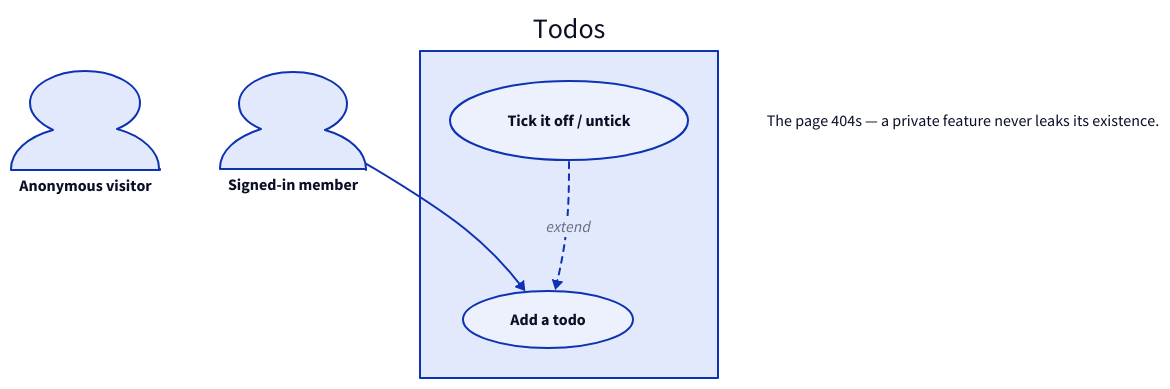
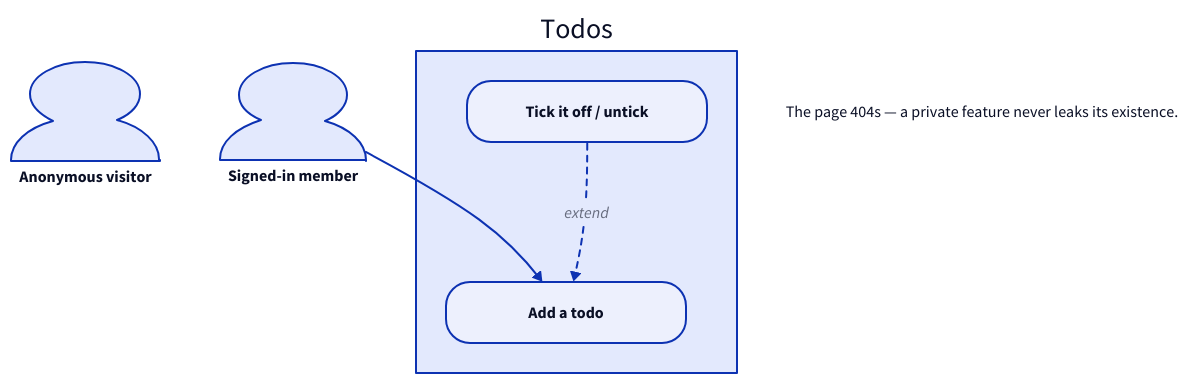
The first of 2 diagrams in docs/reference/ourapp/docs/todos.md (aitchnyu/agent-beta), drawn with D2 before and after one commit. The commit also changed 33 other files, not shown here.

````diff
--- a/docs/reference/ourapp/docs/todos.md
+++ b/docs/reference/ourapp/docs/todos.md
@@ -9,12 +9,12 @@
 ```d2
 direction: down
 guest: Anonymous visitor {shape: person}
 member: Signed-in member {shape: person}
 todos: Todos {
-  add: Add a todo {shape: oval}
-  toggle: Tick it off / untick {shape: oval}
+  add: Add a todo {width: 240; style.border-radius: 24}
+  toggle: Tick it off / untick {width: 240; style.border-radius: 24}
 }
 member -> todos.add
 todos.toggle -> todos.add: extend {style.stroke-dash: 3}
 note: The page 404s — a private feature never leaks its existence. {shape: text}
 ```
````
